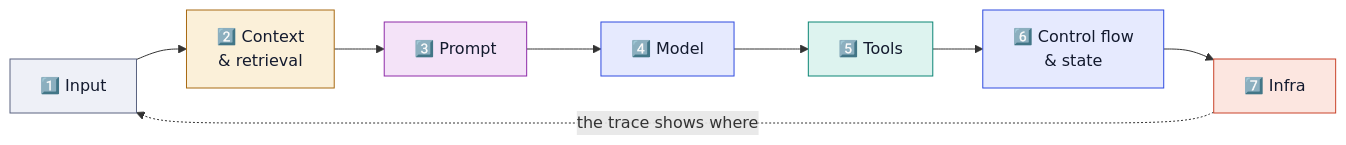
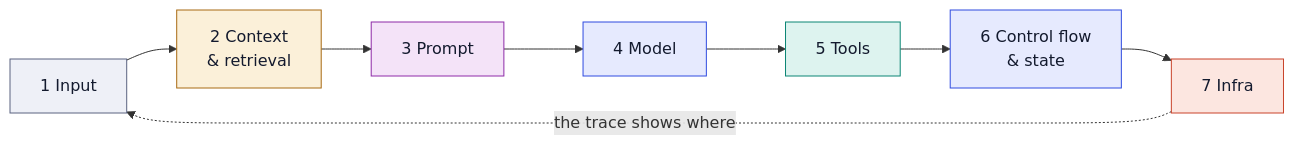
One commit to shivashankarhatkar/GraphSmith- changed the sixth of 7 diagrams in notes/module-0.0.md. Above: the diagram before and after it, drawn with Mermaid. The commit also changed other lines of this file, not shown here.

````diff
--- a/notes/module-0.0.md
+++ b/notes/module-0.0.md
@@ -483,23 +235,23 @@
 ```mermaid
 flowchart LR
-    L1["1️⃣ Input"] --> L2["2️⃣ Context<br/>& retrieval"]
-    L2 --> L3["3️⃣ Prompt"]
-    L3 --> L4["4️⃣ Model"]
-    L4 --> L5["5️⃣ Tools"]
-    L5 --> L6["6️⃣ Control flow<br/>& state"]
-    L6 --> L7["7️⃣ Infra"]
+    L1["1 Input"] --> L2["2 Context<br/>& retrieval"]
+    L2 --> L3["3 Prompt"]
+    L3 --> L4["4 Model"]
+    L4 --> L5["5 Tools"]
+    L5 --> L6["6 Control flow<br/>& state"]
+    L6 --> L7["7 Infra"]
     L7 -.->|"the trace shows where"| L1
 
     classDef step fill:#EEF0F7,stroke:#5A6380,color:#131A2E
     classDef data fill:#FBF0D9,stroke:#A86A12,color:#131A2E
     classDef human fill:#F4E3F8,stroke:#8E2BA8,color:#131A2E
     classDef llm fill:#E6EAFE,stroke:#2F4BE0,color:#131A2E
     classDef tool fill:#DDF3EF,stroke:#0B8574,color:#131A2E
     classDef warn fill:#FCE6E0,stroke:#C9432A,color:#131A2E
     class L1 step
     class L2 data
     class L3 human
     class L4,L6 llm
     class L5 tool
     class L7 warn
 ```
````
